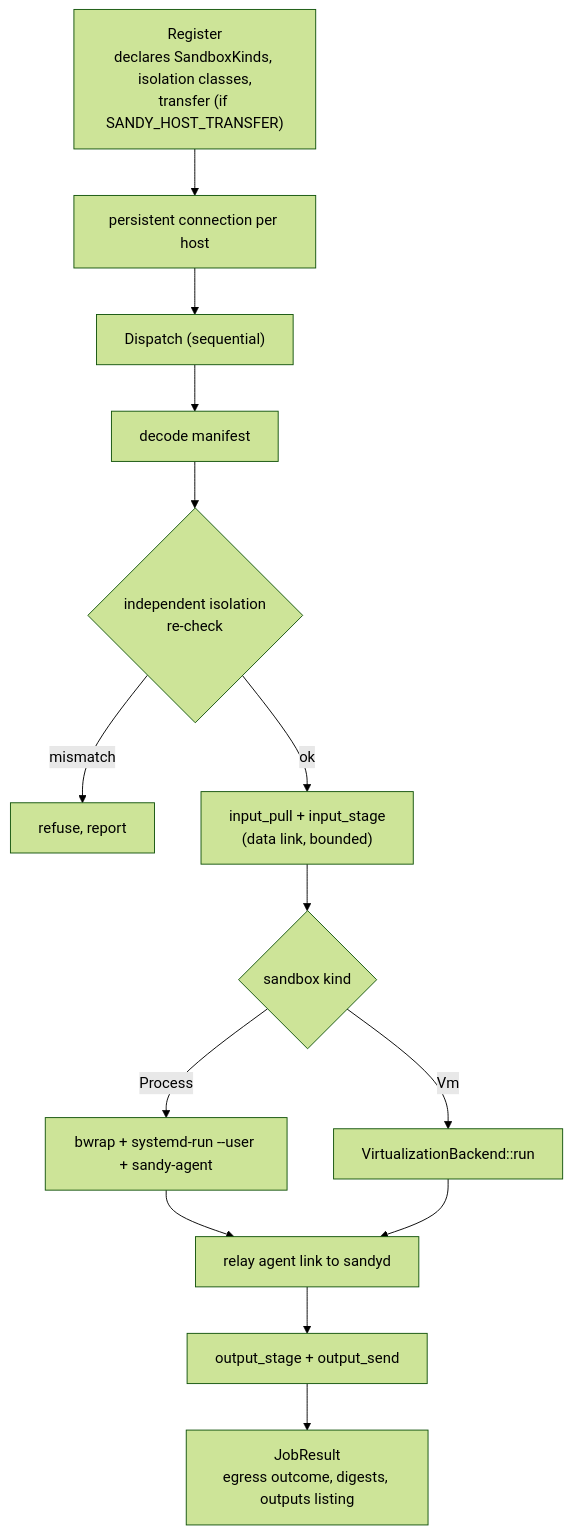
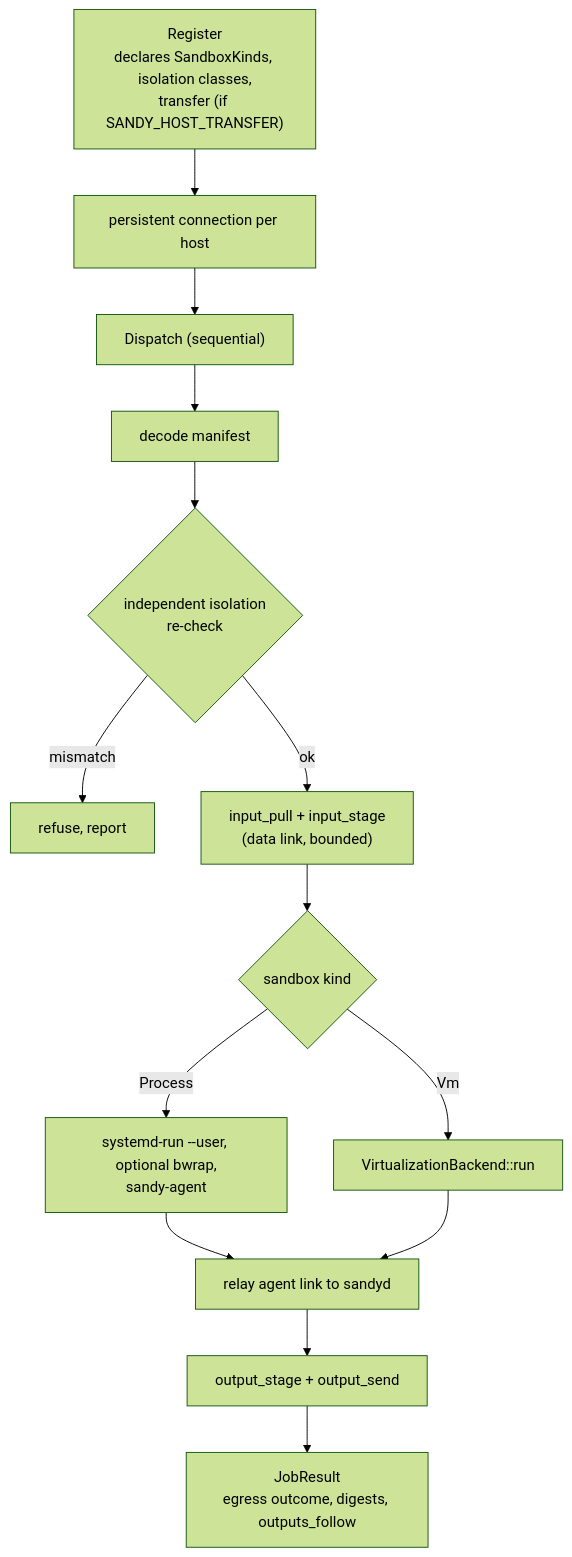
One commit to kauki-labs/sandy changed the fourth of 8 diagrams in docs/architecture/components.md. Above: the diagram before and after it, drawn with Mermaid (forest theme). The commit also changed other lines of this file, not shown here.

First line of the commit message:
docs(architecture): correct components page after review

````diff
--- a/docs/architecture/components.md
+++ b/docs/architecture/components.md
@@ -129,16 +144,16 @@
 ```mermaid
 flowchart TD
   reg["Register<br/>declares SandboxKinds, isolation classes,<br/>transfer (if SANDY_HOST_TRANSFER)"] --> wait["persistent connection per host"]
   wait --> disp["Dispatch (sequential)"]
   disp --> dec["decode manifest"]
   dec --> chk{"independent isolation<br/>re-check"}
   chk -- mismatch --> refuse["refuse, report"]
   chk -- ok --> in["input_pull + input_stage<br/>(data link, bounded)"]
   in --> kind{"sandbox kind"}
-  kind -- Process --> bw["bwrap + systemd-run --user + sandy-agent"]
+  kind -- Process --> bw["systemd-run --user, optional bwrap,<br/>sandy-agent"]
   kind -- Vm --> vm["VirtualizationBackend::run"]
   bw --> relay["relay agent link to sandyd"]
   vm --> relay
   relay --> out["output_stage + output_send"]
-  out --> res["JobResult<br/>egress outcome, digests, outputs listing"]
+  out --> res["JobResult<br/>egress outcome, digests, outputs_follow"]
 ```
````
